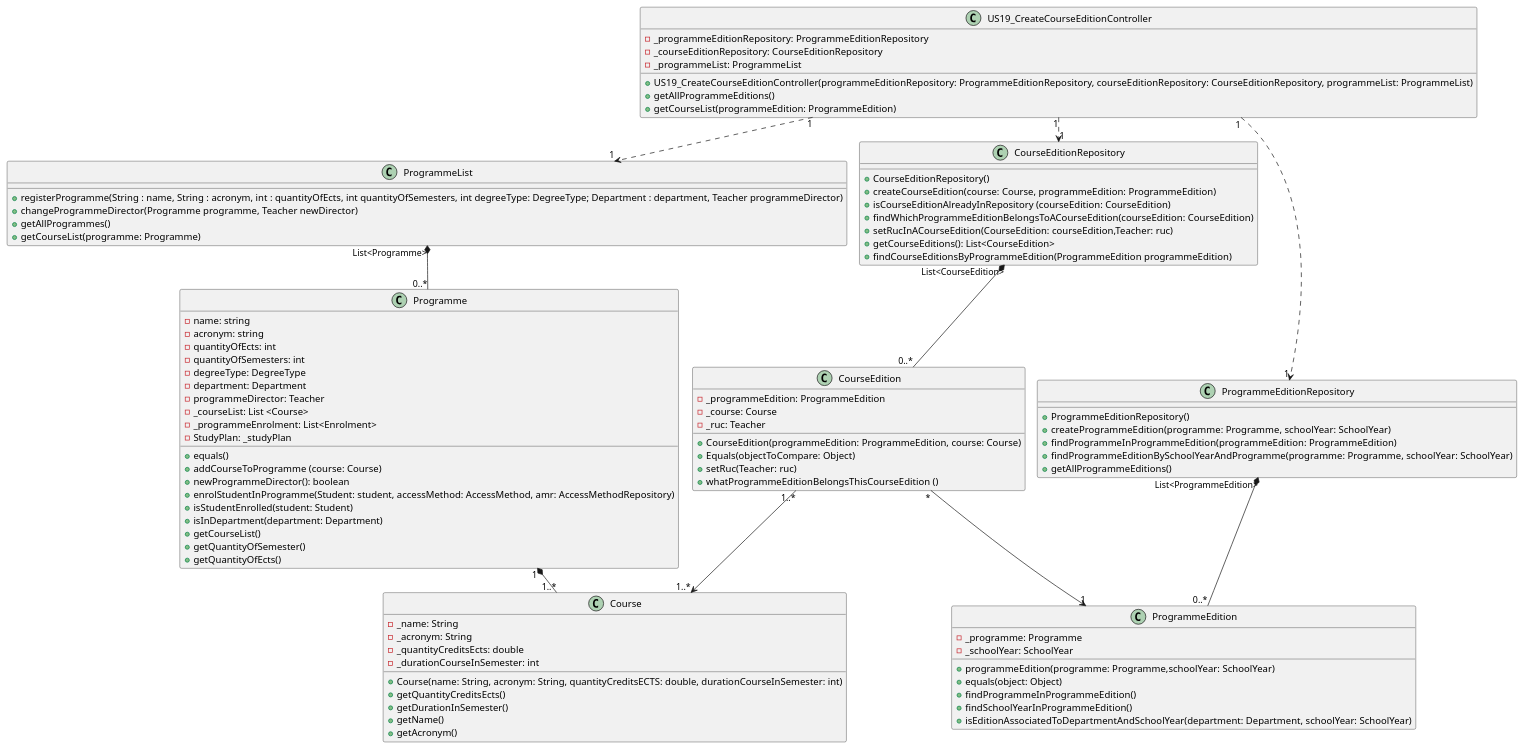
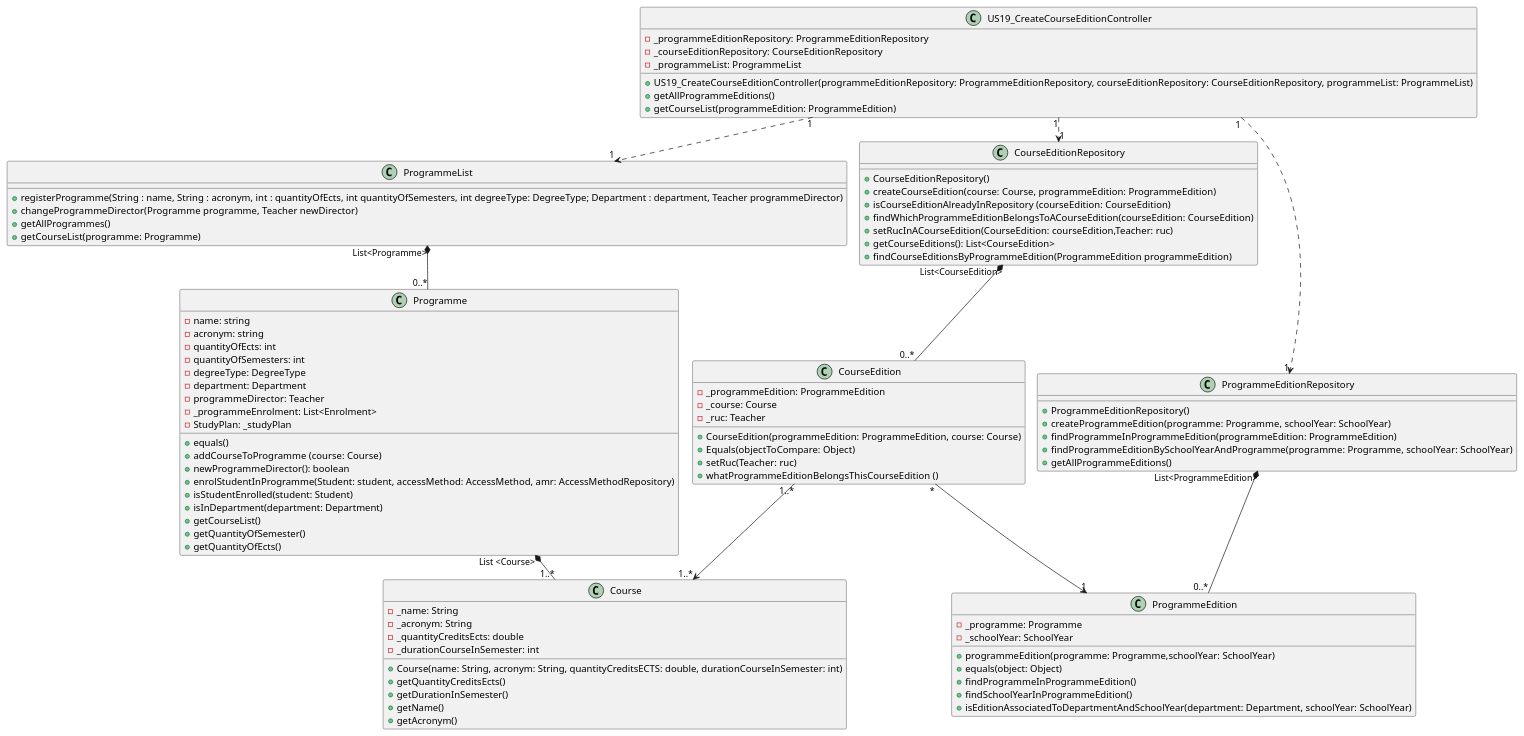
One commit to GasparISEP/DevOps-PAI changed the diagram in docs/US19/US19_CreateCourseEdition_ClassDiagram.puml. Above: the diagram before and after it, drawn with PlantUML.

Commit message:
doc(sequenceDiagram)fix list of courses in Programme

```diff
--- a/docs/US19/US19_CreateCourseEdition_ClassDiagram.puml
+++ b/docs/US19/US19_CreateCourseEdition_ClassDiagram.puml
@@ -1,107 +1,106 @@
 @startuml
 !pragma layout smetana
 'left to right direction'
 
 class US19_CreateCourseEditionController {
     -_programmeEditionRepository: ProgrammeEditionRepository
     -_courseEditionRepository: CourseEditionRepository
     -_programmeList: ProgrammeList
     +US19_CreateCourseEditionController(programmeEditionRepository: ProgrammeEditionRepository, courseEditionRepository: CourseEditionRepository, programmeList: ProgrammeList)
     +getAllProgrammeEditions()
     +getCourseList(programmeEdition: ProgrammeEdition)
 }
 
 class ProgrammeList {
      +registerProgramme(String : name, String : acronym, int : quantityOfEcts, int quantityOfSemesters, int degreeType: DegreeType; Department : department, Teacher programmeDirector)
      +changeProgrammeDirector(Programme programme, Teacher newDirector)
      +getAllProgrammes()
      +getCourseList(programme: Programme)
 }
 
 class Programme {
      - name: string
      - acronym: string
      - quantityOfEcts: int
      - quantityOfSemesters: int
      - degreeType: DegreeType
      - department: Department
      - programmeDirector: Teacher
-     -_courseList: List <Course>
      -_programmeEnrolment: List<Enrolment>
      -StudyPlan: _studyPlan
 
      + equals()
      + addCourseToProgramme (course: Course)
      + newProgrammeDirector(): boolean
      +enrolStudentInProgramme(Student: student, accessMethod: AccessMethod, amr: AccessMethodRepository)
      +isStudentEnrolled(student: Student)
      +isInDepartment(department: Department)
      +getCourseList()
      +getQuantityOfSemester()
      +getQuantityOfEcts()
 }
 
 class ProgrammeEdition {
     -_programme: Programme
     -_schoolYear: SchoolYear
     +programmeEdition(programme: Programme,schoolYear: SchoolYear)
     +equals(object: Object)
     +findProgrammeInProgrammeEdition()
     +findSchoolYearInProgrammeEdition()
     +isEditionAssociatedToDepartmentAndSchoolYear(department: Department, schoolYear: SchoolYear)
 }
 
 class Course {
     -_name: String
     -_acronym: String
     -_quantityCreditsEcts: double
     -_durationCourseInSemester: int
     +Course(name: String, acronym: String, quantityCreditsECTS: double, durationCourseInSemester: int)
     +getQuantityCreditsEcts()
     +getDurationInSemester()
     +getName()
     +getAcronym()
 }
 
 class CourseEdition {
     -_programmeEdition: ProgrammeEdition
     -_course: Course
     -_ruc: Teacher
     +CourseEdition(programmeEdition: ProgrammeEdition, course: Course)
     +Equals(objectToCompare: Object)
     +setRuc(Teacher: ruc)
     +whatProgrammeEditionBelongsThisCourseEdition ()
 }
 
 class CourseEditionRepository {
     +CourseEditionRepository()
     +createCourseEdition(course: Course, programmeEdition: ProgrammeEdition)
     +isCourseEditionAlreadyInRepository (courseEdition: CourseEdition)
     +findWhichProgrammeEditionBelongsToACourseEdition(courseEdition: CourseEdition)
     +setRucInACourseEdition(CourseEdition: courseEdition,Teacher: ruc)
     +getCourseEditions(): List<CourseEdition>
     +findCourseEditionsByProgrammeEdition(ProgrammeEdition programmeEdition)
 }
 
 class ProgrammeEditionRepository {
     +ProgrammeEditionRepository()
     +createProgrammeEdition(programme: Programme, schoolYear: SchoolYear)
     +findProgrammeInProgrammeEdition(programmeEdition: ProgrammeEdition)
     +findProgrammeEditionBySchoolYearAndProgramme(programme: Programme, schoolYear: SchoolYear)
     +getAllProgrammeEditions()
 }
 
 US19_CreateCourseEditionController "1" ..> "1" ProgrammeEditionRepository
 US19_CreateCourseEditionController "1" ..> "1" CourseEditionRepository
 US19_CreateCourseEditionController "1" ..> "1" ProgrammeList
 CourseEditionRepository "List<CourseEdition>" *-- "0..*" CourseEdition
 ProgrammeEditionRepository "List<ProgrammeEdition>" *-- "0..*" ProgrammeEdition
 ProgrammeList "List<Programme>" *-- "0..*" Programme
-Programme "1" *-- "1..*" Course
+Programme "List <Course>" *-- "1..*" Course
 CourseEdition "*" --> "1" ProgrammeEdition
 CourseEdition "1..*" --> "1..*" Course
 
 
 
 
 @enduml
```
